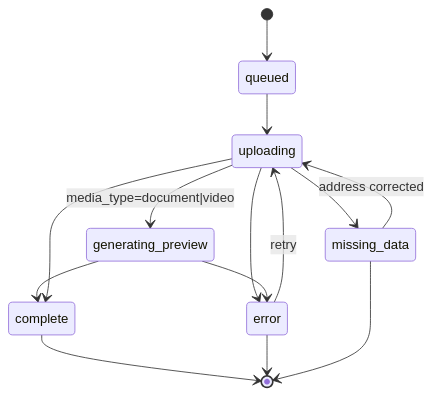
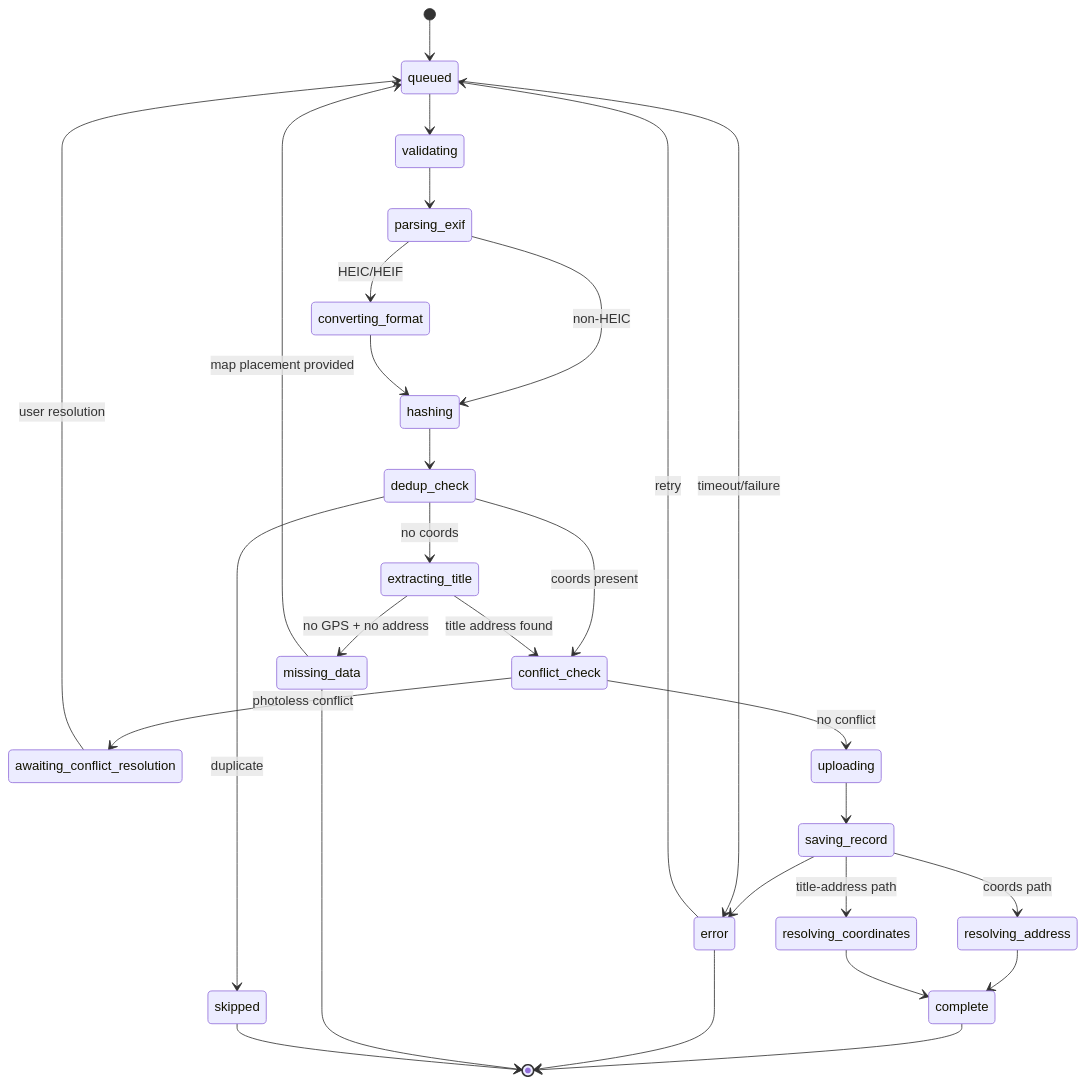
Before and after one commit to matkleve/feldpost: the second of 3 diagrams in docs/element-specs/upload-panel.md, drawn with Mermaid. The commit also changed other lines of this file and 12 other files, not shown here.

````diff
--- a/docs/element-specs/upload-panel.md
+++ b/docs/element-specs/upload-panel.md
@@ -113,16 +110,31 @@
 ```mermaid
 stateDiagram-v2
   [*] --> queued
-  queued --> uploading
-  uploading --> generating_preview: media_type=document|video
-  generating_preview --> complete
-  uploading --> complete
-  uploading --> error
-  uploading --> missing_data
-  generating_preview --> error
-  error --> uploading: retry
-  missing_data --> uploading: address corrected
+  queued --> validating
+  validating --> parsing_exif
+  parsing_exif --> converting_format: HEIC/HEIF
+  parsing_exif --> hashing: non-HEIC
+  converting_format --> hashing
+  hashing --> dedup_check
+  dedup_check --> skipped: duplicate
+  dedup_check --> extracting_title: no coords
+  dedup_check --> conflict_check: coords present
+  extracting_title --> conflict_check: title address found
+  extracting_title --> missing_data: no GPS + no address
+  conflict_check --> awaiting_conflict_resolution: photoless conflict
+  awaiting_conflict_resolution --> queued: user resolution
+  conflict_check --> uploading: no conflict
+  uploading --> saving_record
+  saving_record --> resolving_address: coords path
+  saving_record --> resolving_coordinates: title-address path
+  saving_record --> error
+  resolving_address --> complete
+  resolving_coordinates --> complete
+  missing_data --> queued: map placement provided
+  queued --> error: timeout/failure
+  error --> queued: retry
   complete --> [*]
   error --> [*]
   missing_data --> [*]
+  skipped --> [*]
 ```
````
